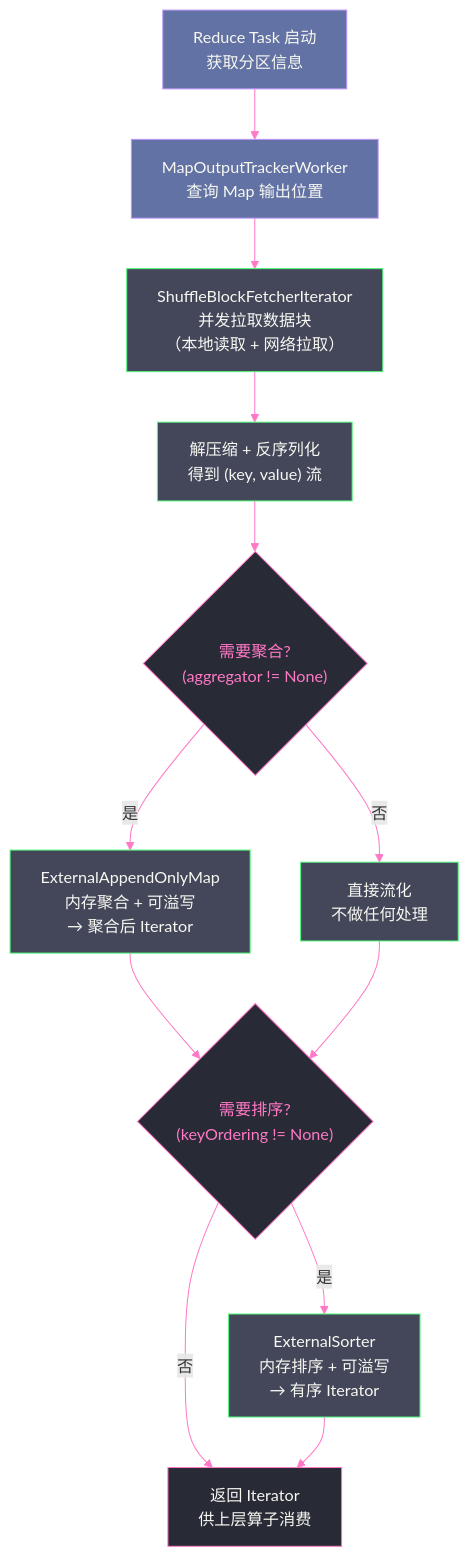
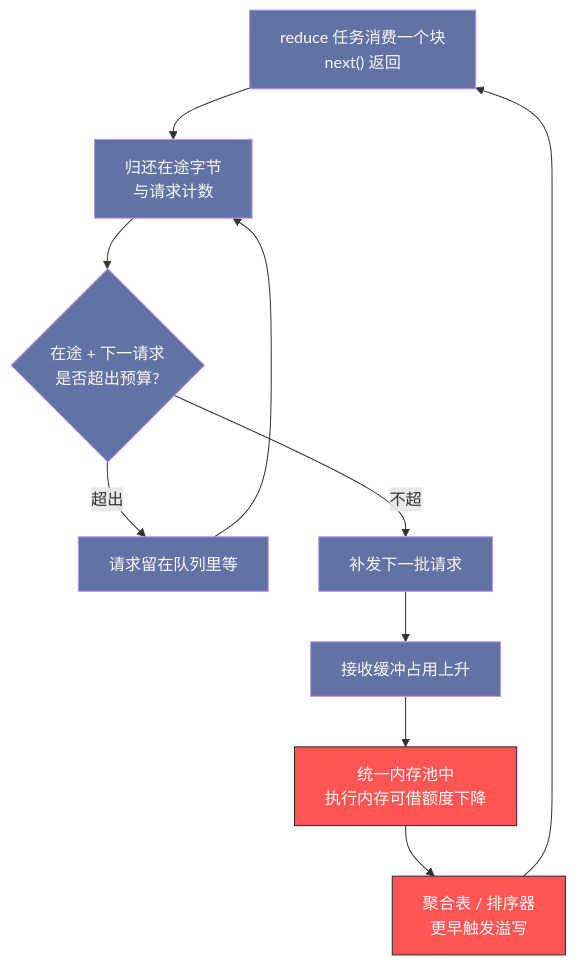
One commit to hpliStartAgain/my-brain changed the second of 5 diagrams in content/大数据/Spark/Spark-Shuffle与内存管理机制深度解析/05 Shuffle Read 深度解剖：拉取、聚合与排序.md. Above: the diagram before and after it, drawn with Mermaid. The commit also changed other lines of this file and 455 other files, not shown here.

````diff
--- a/content/大数据/Spark/Spark-Shuffle与内存管理机制深度解析/05 Shuffle Read 深度解剖：拉取、聚合与排序.md
+++ b/content/大数据/Spark/Spark-Shuffle与内存管理机制深度解析/05 Shuffle Read 深度解剖：拉取、聚合与排序.md
@@ -246,25 +94,17 @@
 ```mermaid
-%%{init: {"theme": "dracula", "themeVariables": {"primaryColor": "#6272a4", "primaryTextColor": "#f8f8f2", "primaryBorderColor": "#bd93f9", "lineColor": "#ff79c6", "secondaryColor": "#44475a", "tertiaryColor": "#282a36"}}}%%
-graph TD
-    A["Reduce Task 启动</br>获取分区信息"] --> B["MapOutputTrackerWorker</br>查询 Map 输出位置"]
-    B --> C["ShuffleBlockFetcherIterator</br>并发拉取数据块</br>（本地读取 + 网络拉取）"]
-    C --> D["解压缩 + 反序列化</br>得到 (key, value) 流"]
-    D --> E{"需要聚合?</br>(aggregator != None)"}
-    E -- "是" --> F["ExternalAppendOnlyMap</br>内存聚合 + 可溢写</br>→ 聚合后 Iterator"]
-    E -- "否" --> G["直接流化</br>不做任何处理"]
-    F --> H{"需要排序?</br>(keyOrdering != None)"}
-    G --> H
-    H -- "是" --> I["ExternalSorter</br>内存排序 + 可溢写</br>→ 有序 Iterator"]
-    H -- "否" --> J["返回 Iterator</br>供上层算子消费"]
-    I --> J
-
-    classDef input fill:#6272a4,stroke:#bd93f9,color:#f8f8f2
-    classDef process fill:#44475a,stroke:#50fa7b,color:#f8f8f2
-    classDef output fill:#282a36,stroke:#ff79c6,color:#f8f8f2
-    classDef decision fill:#282a36,stroke:#ff79c6,color:#ff79c6
-
-    class A,B input
-    class C,D,F,G,I process
-    class J output
-    class E,H decision
+%%{init: {'theme': 'dracula'}}%%
+flowchart TD
+    A["reduce 任务消费一个块<br/>next() 返回"] --> B["归还在途字节<br/>与请求计数"]
+    B --> C{"在途 + 下一请求<br/>是否超出预算?"}
+    C -->|"超出"| D["请求留在队列里等"]
+    C -->|"不超"| E["补发下一批请求"]
+    D --> B
+    E --> F["接收缓冲占用上升"]
+    F --> G["统一内存池中<br/>执行内存可借额度下降"]
+    G --> H["聚合表 / 排序器<br/>更早触发溢写"]
+    H --> A
+    classDef flow fill:#6272a4,stroke:#bd93f9,color:#f8f8f2
+    classDef warn fill:#ff5555,stroke:#282a36,color:#f8f8f2
+    class A,B,C,D,E,F flow
+    class G,H warn
 ```
````
